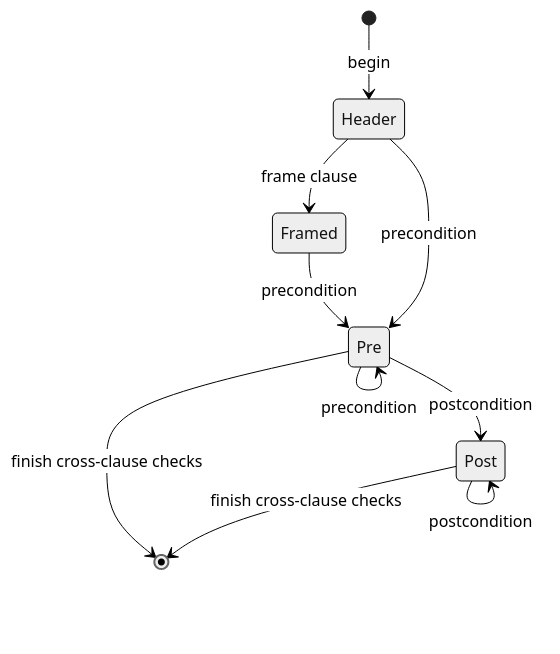
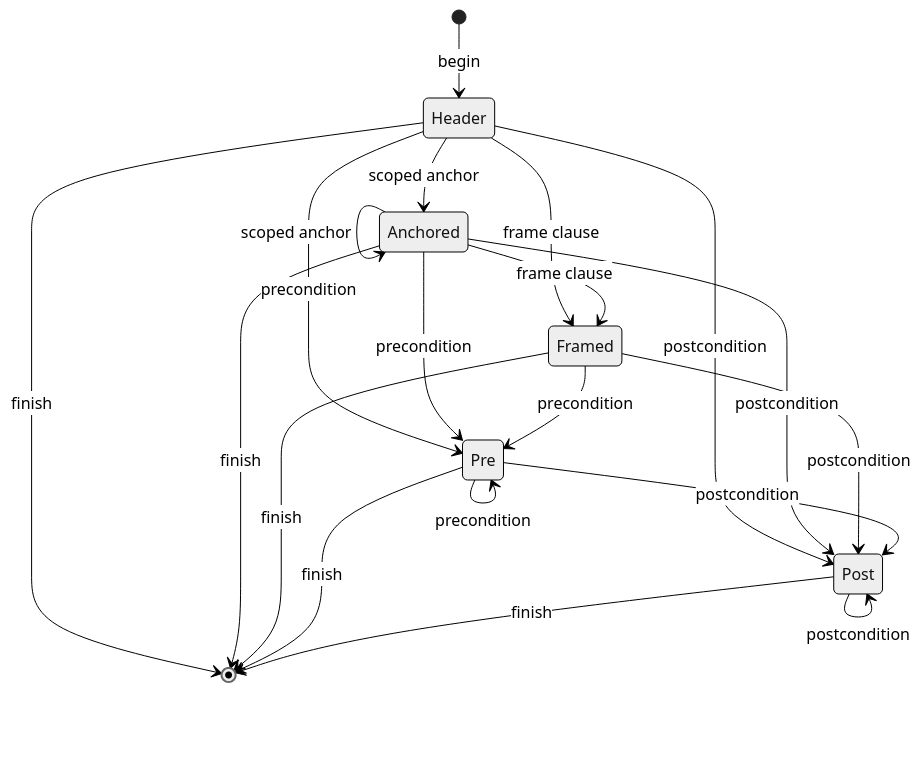
One commit to agent-ix/quire-spec-language changed the second of 2 diagrams in spec/decisions/ADR-012-semantic-family-extension-contracts.md. Above: the diagram before and after it, drawn with Mermaid (neutral theme). The commit also changed other lines of this file and 8 other files, not shown here.

````diff
--- a/spec/decisions/ADR-012-semantic-family-extension-contracts.md
+++ b/spec/decisions/ADR-012-semantic-family-extension-contracts.md
@@ -228,12 +283,22 @@
 ```mermaid
 stateDiagram-v2
   [*] --> Header: begin
+  Header --> Anchored: scoped anchor
+  Anchored --> Anchored: scoped anchor
   Header --> Framed: frame clause
+  Anchored --> Framed: frame clause
   Header --> Pre: precondition
+  Anchored --> Pre: precondition
   Framed --> Pre: precondition
   Pre --> Pre: precondition
+  Header --> Post: postcondition
+  Anchored --> Post: postcondition
+  Framed --> Post: postcondition
   Pre --> Post: postcondition
   Post --> Post: postcondition
-  Post --> [*]: finish cross-clause checks
-  Pre --> [*]: finish cross-clause checks
+  Header --> [*]: finish
+  Anchored --> [*]: finish
+  Framed --> [*]: finish
+  Pre --> [*]: finish
+  Post --> [*]: finish
 ```
````
